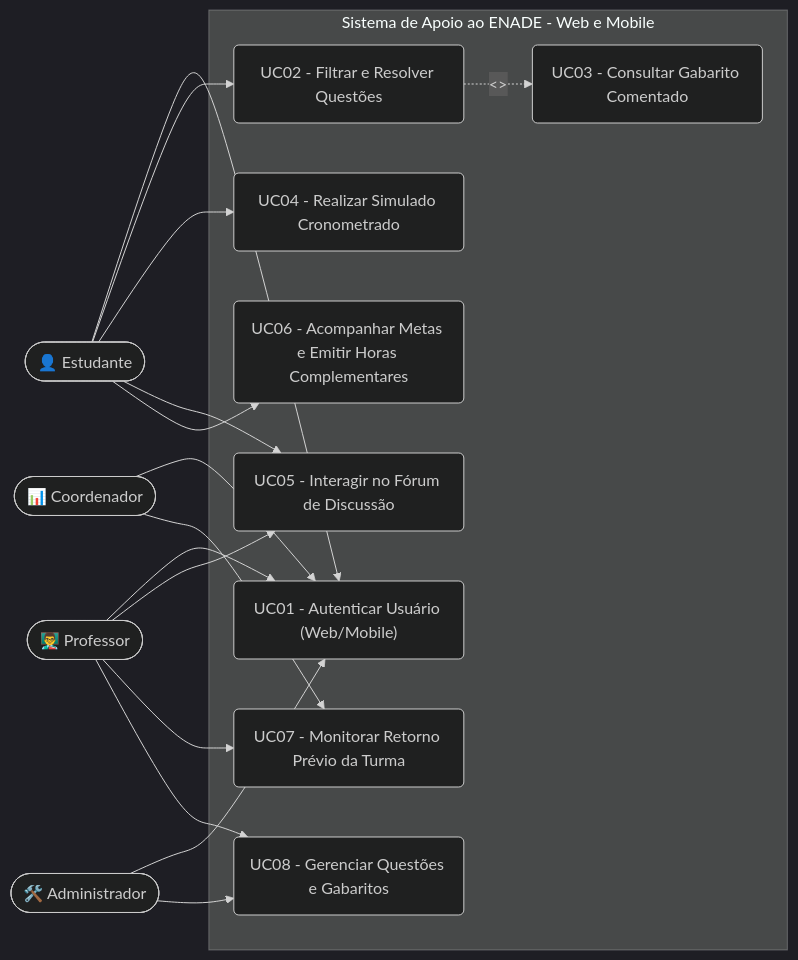
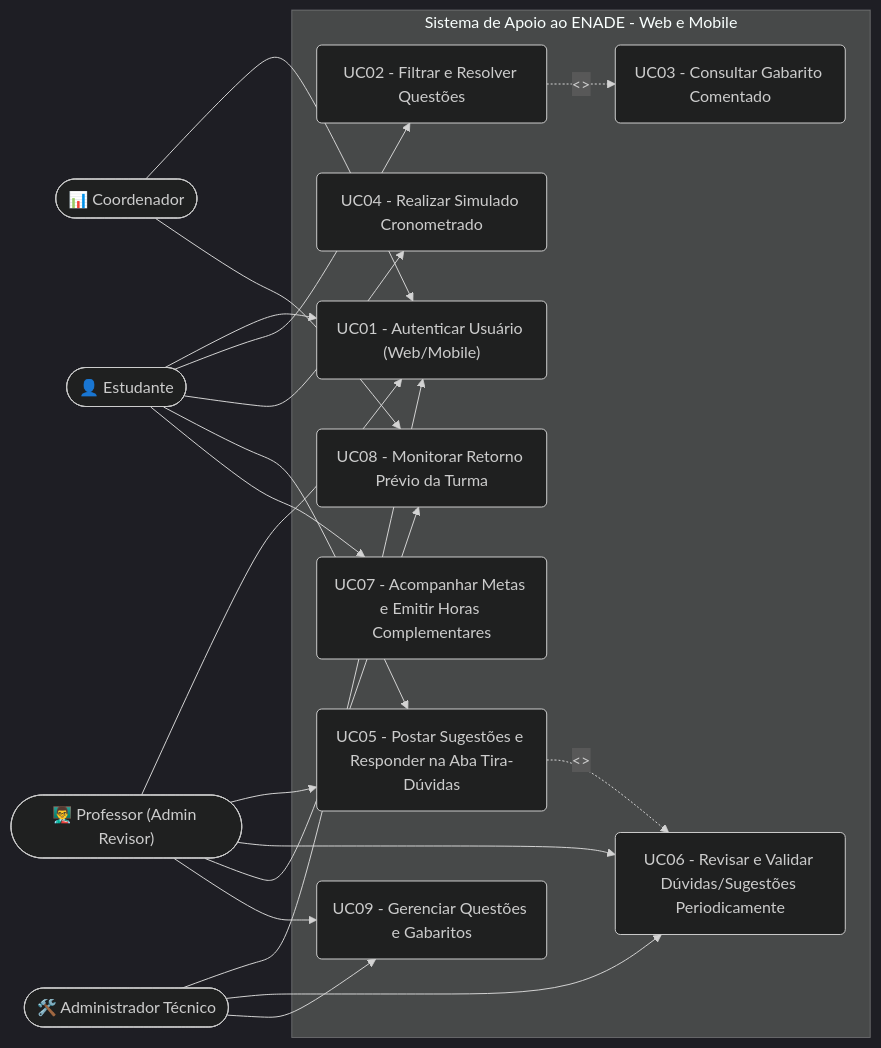
One commit to joaohgabriell/sistema-apoio-enade-unifor changed the first of 3 diagrams in README.md. Above: the diagram before and after it, drawn with Mermaid (dark theme). The commit also changed other lines of this file, not shown here.

Commit message:
feat: adiciona aba tira-duvidas entre alunos, mural de sugestoes e revisao periodica docente

```diff
--- a/README.md
+++ b/README.md
@@ -93,24 +101,26 @@
 ~~~mermaid
 flowchart LR
     Est(["👤 Estudante"])
-    Prof(["👨‍🏫 Professor"])
+    Prof(["👨‍🏫 Professor (Admin Revisor)"])
     Coord(["📊 Coordenador"])
-    Adm(["🛠️ Administrador"])
+    Adm(["🛠️ Administrador Técnico"])
 
     subgraph Sistema de Apoio ao ENADE - Web e Mobile
         UC1("UC01 - Autenticar Usuário (Web/Mobile)")
         UC2("UC02 - Filtrar e Resolver Questões")
         UC3("UC03 - Consultar Gabarito Comentado")
         UC4("UC04 - Realizar Simulado Cronometrado")
-        UC5("UC05 - Interagir no Fórum de Discussão")
-        UC6("UC06 - Acompanhar Metas e Emitir Horas Complementares")
-        UC7("UC07 - Monitorar Retorno Prévio da Turma")
-        UC8("UC08 - Gerenciar Questões e Gabaritos")
+        UC5("UC05 - Postar Sugestões e Responder na Aba Tira-Dúvidas")
+        UC6("UC06 - Revisar e Validar Dúvidas/Sugestões Periodicamente")
+        UC7("UC07 - Acompanhar Metas e Emitir Horas Complementares")
+        UC8("UC08 - Monitorar Retorno Prévio da Turma")
+        UC9("UC09 - Gerenciar Questões e Gabaritos")
     end
 
-    Est --> UC1 & UC2 & UC4 & UC5 & UC6
+    Est --> UC1 & UC2 & UC4 & UC5 & UC7
     UC2 -.->|"<<extend>>"| UC3
-    Prof --> UC1 & UC5 & UC7 & UC8
-    Coord --> UC1 & UC7
-    Adm --> UC1 & UC8
+    Prof --> UC1 & UC5 & UC6 & UC8 & UC9
+    UC5 -.->|"<<extend>>"| UC6
+    Coord --> UC1 & UC8
+    Adm --> UC1 & UC6 & UC9
 ~~~
```
